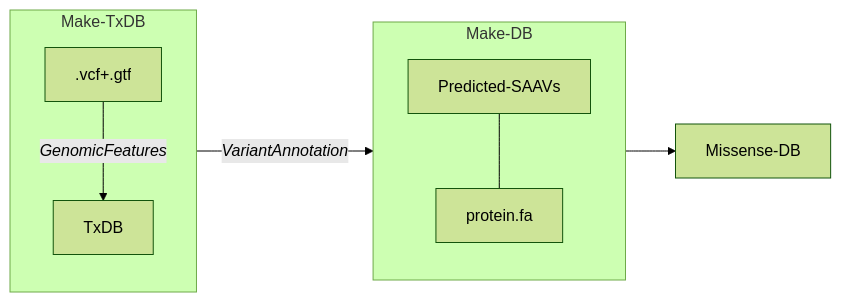
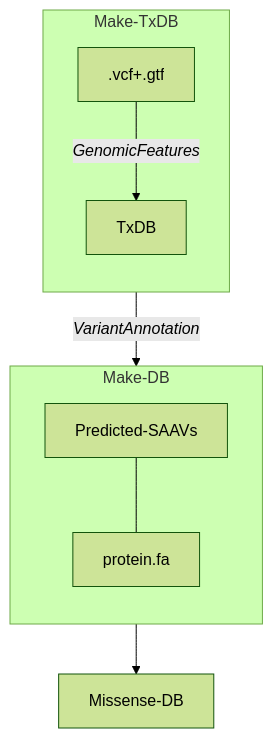
One commit to hdesai17/chemoproteogenomics changed the diagram in README.md. Above: the diagram before and after it, drawn with Mermaid (forest theme).

````diff
--- a/README.md
+++ b/README.md
@@ -21,14 +21,14 @@
 ```mermaid
 
-flowchart LR;
+flowchart TB;
    subgraph Make-TxDB
       direction TB
       .vcf+.gtf-->|<i>GenomicFeatures<i>|TxDB
    end
    TxDB-->|<i>VariantAnnotation<i>|Predicted-SAAVs
    subgraph Make-DB
       direction TB
       Predicted-SAAVs---protein.fa
    end
    Make-DB-->Missense-DB;
 ```
````
